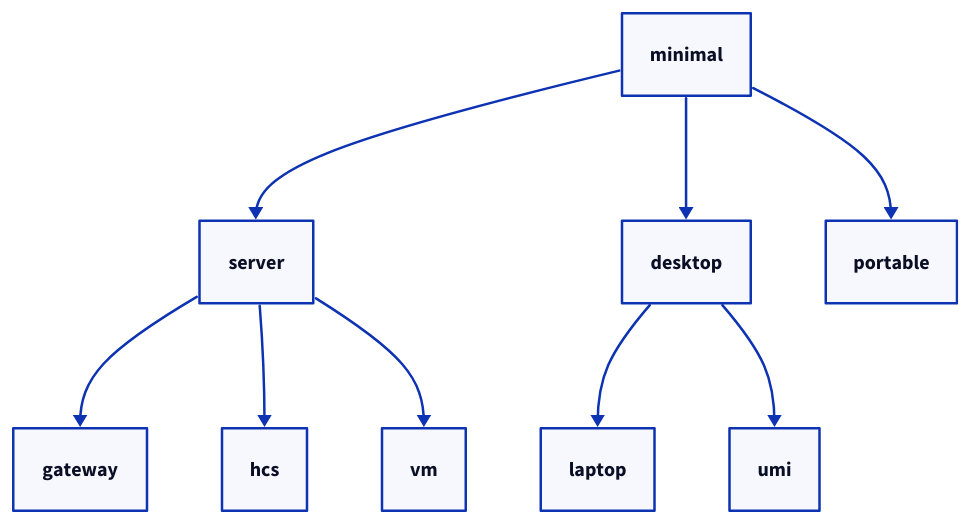
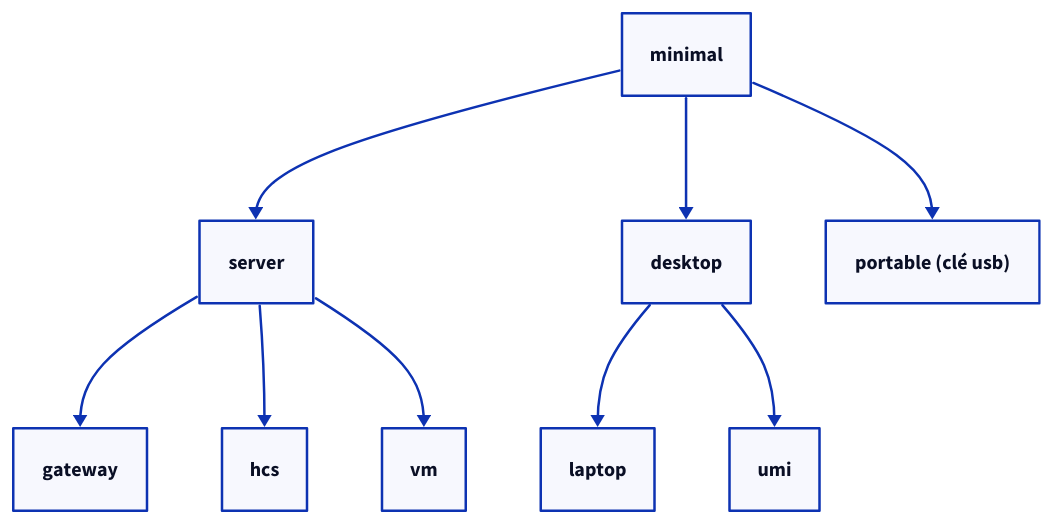
One commit to darkone-linux/dnf-doc changed the diagram in src/content/docs/fr/doc/admin-guide/understand/host-profiles.mdx. Above: the diagram before and after it, drawn with D2. The commit also changed other lines of this file and 5 other files, not shown here.

````diff
--- a/src/content/docs/fr/doc/admin-guide/understand/host-profiles.mdx
+++ b/src/content/docs/fr/doc/admin-guide/understand/host-profiles.mdx
@@ -20,25 +20,25 @@
 ```d2
 style.fill: transparent
 direction: down
 
 minimal: minimal
 
 server: server
 desktop: desktop
-portable: portable
+portable: portable (clé usb)
 
 gateway: gateway
 hcs: hcs
 vm: vm
 laptop: laptop
 umi: umi
 
 minimal -> server
 minimal -> desktop
 minimal -> portable
 server -> gateway
 server -> hcs
 server -> vm
 desktop -> laptop
 desktop -> umi
 ```
````
